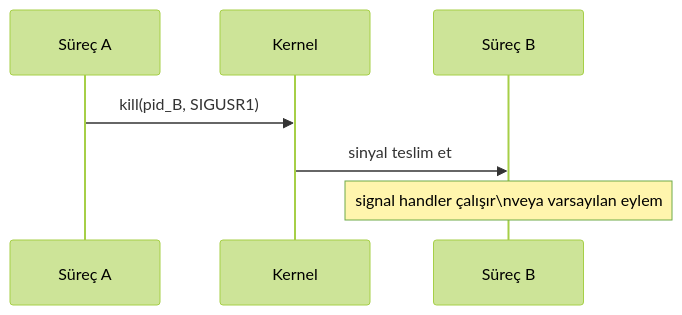
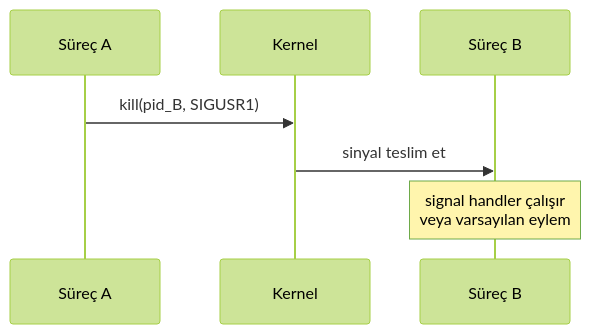
Before and after one commit to serkanMzlm/MechatronicsNotebook: the third of 11 diagrams in docs/md/communication/ipc.md, drawn with Mermaid (forest theme). The commit also changed other lines of this file and 2 other files, not shown here.

````diff
--- a/docs/md/communication/ipc.md
+++ b/docs/md/communication/ipc.md
@@ -151,10 +113,10 @@
 ```mermaid
 sequenceDiagram
     participant A as Süreç A
     participant K as Kernel
     participant B as Süreç B
 
     A->>K: kill(pid_B, SIGUSR1)
     K->>B: sinyal teslim et
-    Note over B: signal handler çalışır\nveya varsayılan eylem
+    Note over B: signal handler çalışır<br/>veya varsayılan eylem
 ```
````
